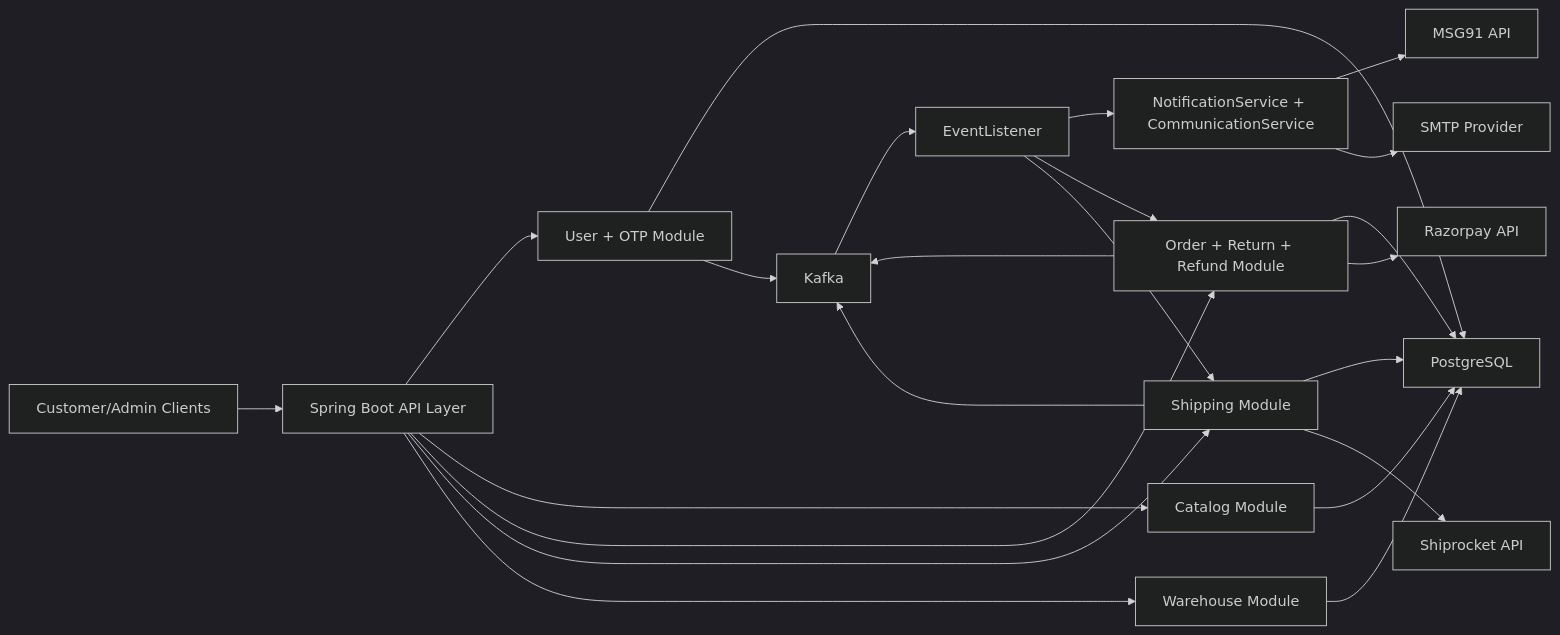
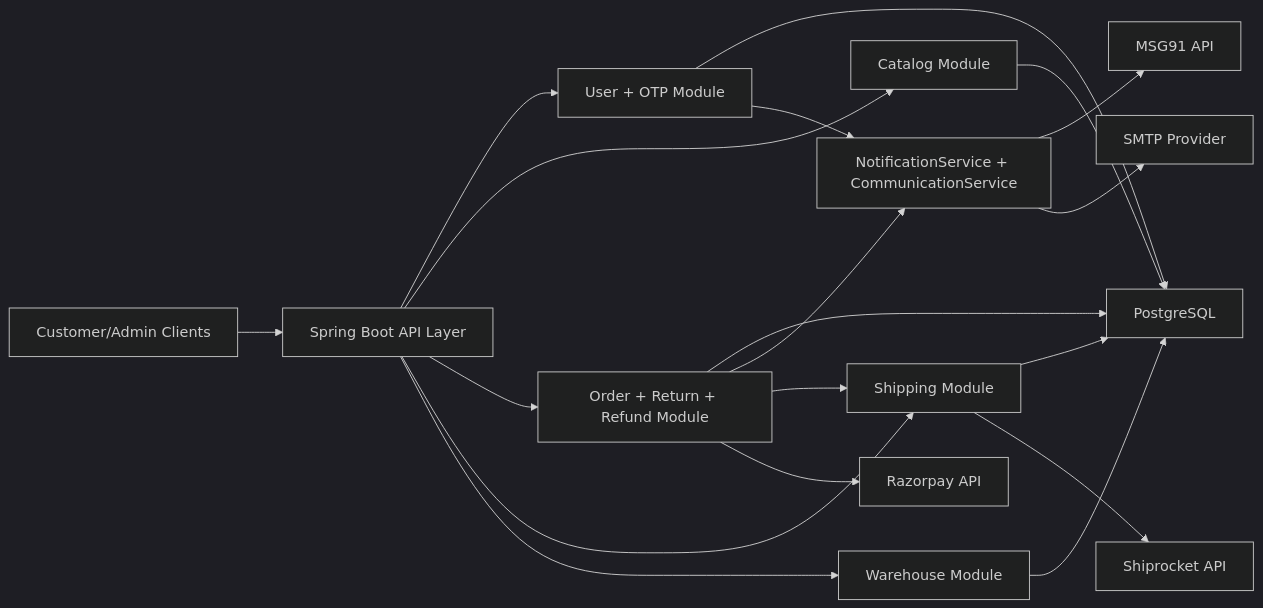
The diagram in HIGH_LEVEL_ARCHITECTURE.md (newvsys/Backend_App), drawn with Mermaid (dark theme) before and after one commit. The commit also changed other lines of this file and 28 other files, not shown here.

Commit message:
added notification service

````diff
--- a/HIGH_LEVEL_ARCHITECTURE.md
+++ b/HIGH_LEVEL_ARCHITECTURE.md
@@ -11,30 +11,25 @@
 ```mermaid
 flowchart LR
     UI["Customer/Admin Clients"] --> API["Spring Boot API Layer"]
 
     API --> USER["User + OTP Module"]
     API --> CATALOG["Catalog Module"]
     API --> ORDER["Order + Return + Refund Module"]
     API --> SHIP["Shipping Module"]
     API --> WH["Warehouse Module"]
 
     USER --> DB["PostgreSQL"]
     CATALOG --> DB
     ORDER --> DB
     SHIP --> DB
     WH --> DB
 
-    ORDER --> KAFKA["Kafka"]
-    USER --> KAFKA
-    SHIP --> KAFKA
-
-    KAFKA --> LISTENER["EventListener"]
-    LISTENER --> NOTIFY["NotificationService + CommunicationService"]
-    LISTENER --> ORDER
-    LISTENER --> SHIP
+    ORDER --> NOTIFY["NotificationService + CommunicationService"]
+    USER --> NOTIFY
+    ORDER --> SHIP
 
     ORDER --> RAZORPAY["Razorpay API"]
     SHIP --> SHIPROCKET["Shiprocket API"]
     NOTIFY --> MSG91["MSG91 API"]
     NOTIFY --> SMTP["SMTP Provider"]
 ```
````
